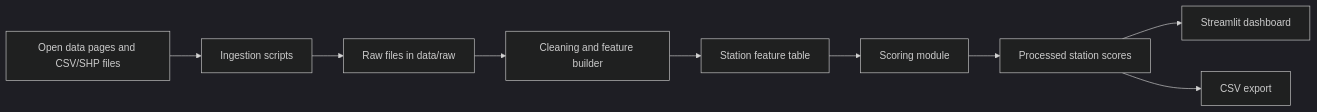
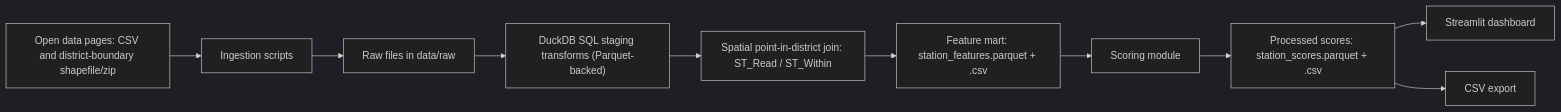
The first of 2 diagrams in docs/architecture.md (xdh1129/Taipei-Retail-Location-Scout), drawn with Mermaid (dark theme) before and after one commit. The commit also changed other lines of this file and 3 other files, not shown here.

First line of the commit message:
docs: update architecture, sources, and README for DuckDB pipeline

````diff
--- a/docs/architecture.md
+++ b/docs/architecture.md
@@ -5,11 +5,12 @@
 ```mermaid
 flowchart LR
-    A["Open data pages and CSV/SHP files"] --> B["Ingestion scripts"]
+    A["Open data pages: CSV and district-boundary shapefile/zip"] --> B["Ingestion scripts"]
     B --> C["Raw files in data/raw"]
-    C --> D["Cleaning and feature builder"]
-    D --> E["Station feature table"]
-    E --> F["Scoring module"]
-    F --> G["Processed station scores"]
-    G --> H["Streamlit dashboard"]
-    G --> I["CSV export"]
+    C --> D["DuckDB SQL staging transforms (Parquet-backed)"]
+    D --> E["Spatial point-in-district join: ST_Read / ST_Within"]
+    E --> F["Feature mart: station_features.parquet + .csv"]
+    F --> G["Scoring module"]
+    G --> H["Processed scores: station_scores.parquet + .csv"]
+    H --> I["Streamlit dashboard"]
+    H --> J["CSV export"]
 ```
````
